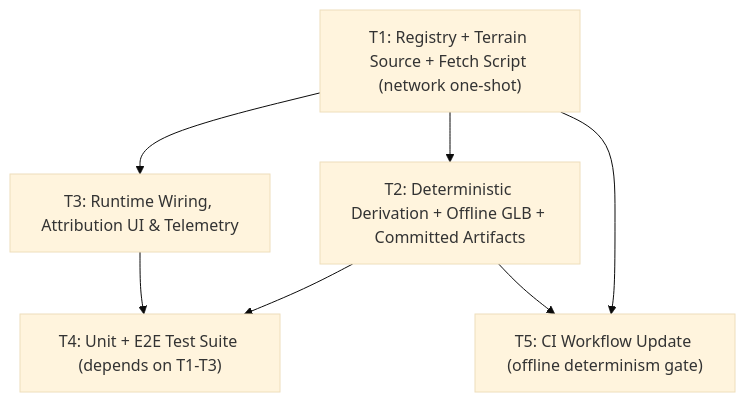
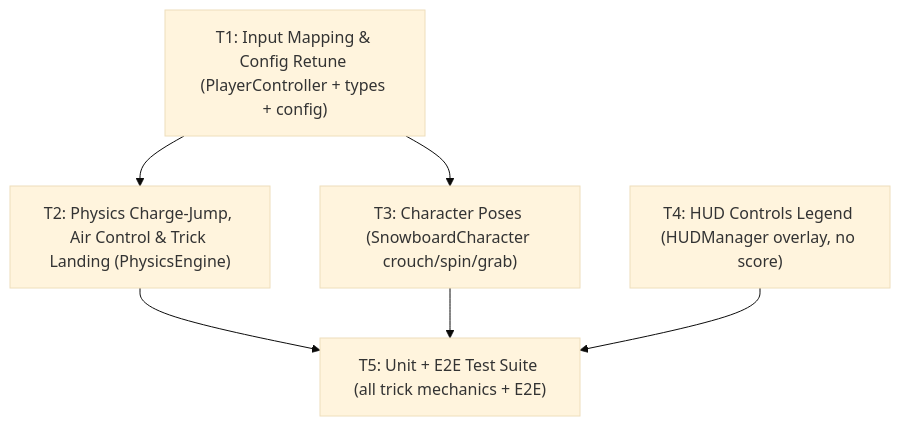
Before and after one commit to reynish/ogsnow: the diagram in wiki/tasks.md, drawn with Mermaid (base theme). The commit also changed other lines of this file and 5 other files, not shown here.

First line of the commit message:
docs: define iteration 3 charge-jump, crouch & trick system (ADR-0008)

````diff
--- a/wiki/tasks.md
+++ b/wiki/tasks.md
@@ -9,15 +9,14 @@
 ```mermaid
 flowchart TD
-    T1["T1: Registry + Terrain Source + Fetch Script (network one-shot)"]
-    T2["T2: Deterministic Derivation + Offline GLB + Committed Artifacts"]
-    T3["T3: Runtime Wiring, Attribution UI & Telemetry"]
-    T4["T4: Unit + E2E Test Suite (depends on T1-T3)"]
-    T5["T5: CI Workflow Update (offline determinism gate)"]
+    T1["T1: Input Mapping & Config Retune (PlayerController + types + config)"]
+    T2["T2: Physics Charge-Jump, Air Control & Trick Landing (PhysicsEngine)"]
+    T3["T3: Character Poses (SnowboardCharacter crouch/spin/grab)"]
+    T4["T4: HUD Controls Legend (HUDManager overlay, no score)"]
+    T5["T5: Unit + E2E Test Suite (all trick mechanics + E2E)"]
 
     T1 --> T2
     T1 --> T3
-    T2 --> T4
-    T3 --> T4
-    T1 --> T5
     T2 --> T5
+    T3 --> T5
+    T4 --> T5
 ```
````
